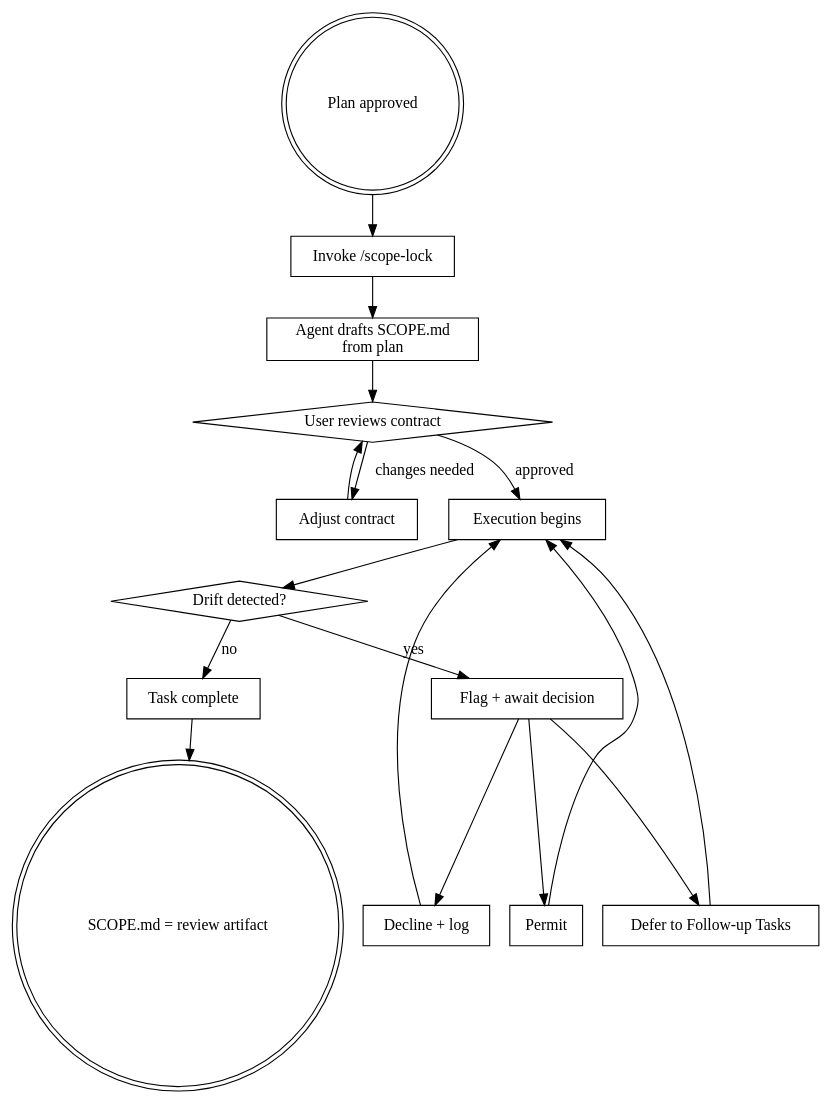
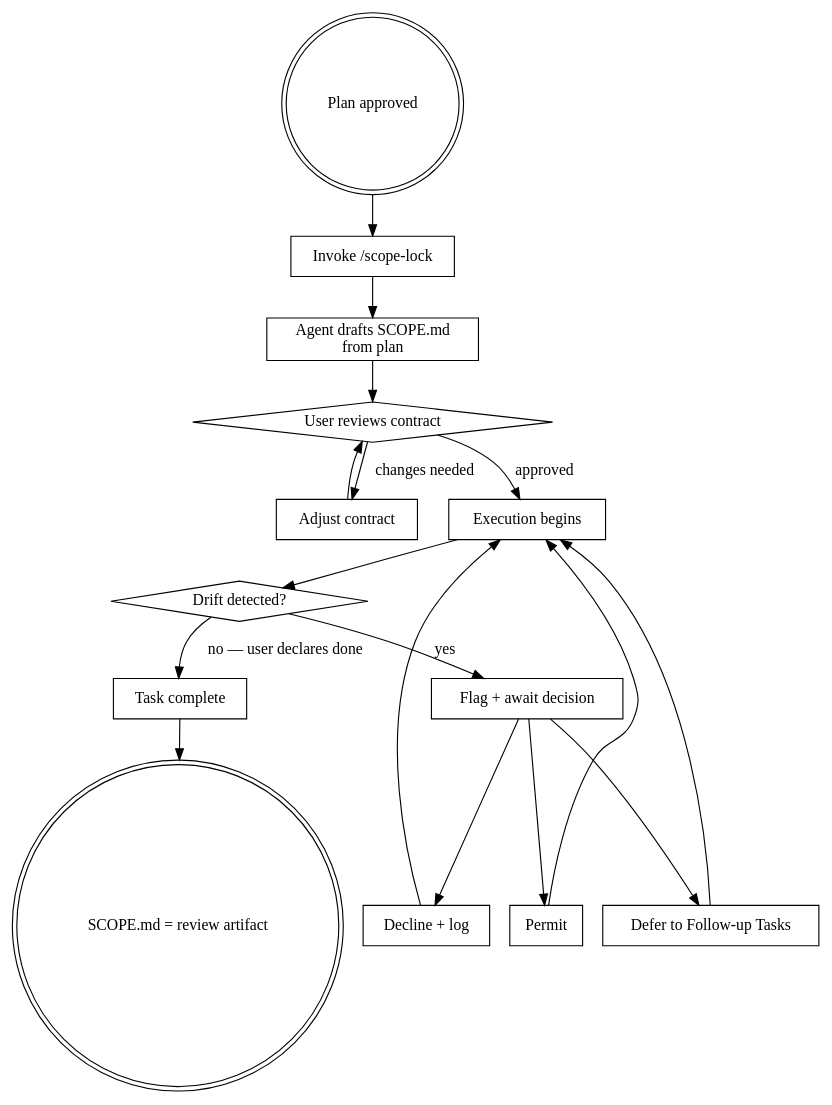
One commit to Ktulue/scope-lock changed the diagram in docs/superpowers/specs/2026-03-14-scope-lock-design.md. Above: the diagram before and after it, drawn with Graphviz. The commit also changed other lines of this file, not shown here.

````diff
--- a/docs/superpowers/specs/2026-03-14-scope-lock-design.md
+++ b/docs/superpowers/specs/2026-03-14-scope-lock-design.md
@@ -131,34 +139,34 @@
 ```dot
 digraph scope_lock {
     "Plan approved" [shape=doublecircle];
     "Invoke /scope-lock" [shape=box];
     "Agent drafts SCOPE.md\nfrom plan" [shape=box];
     "User reviews contract" [shape=diamond];
     "Adjust contract" [shape=box];
     "Execution begins" [shape=box];
     "Drift detected?" [shape=diamond];
     "Flag + await decision" [shape=box];
     "Permit" [shape=box];
     "Decline + log" [shape=box];
     "Defer to Follow-up Tasks" [shape=box];
     "Task complete" [shape=box];
     "SCOPE.md = review artifact" [shape=doublecircle];
 
     "Plan approved" -> "Invoke /scope-lock";
     "Invoke /scope-lock" -> "Agent drafts SCOPE.md\nfrom plan";
     "Agent drafts SCOPE.md\nfrom plan" -> "User reviews contract";
     "User reviews contract" -> "Adjust contract" [label="changes needed"];
     "User reviews contract" -> "Execution begins" [label="approved"];
     "Adjust contract" -> "User reviews contract";
     "Execution begins" -> "Drift detected?";
     "Drift detected?" -> "Flag + await decision" [label="yes"];
-    "Drift detected?" -> "Task complete" [label="no"];
+    "Drift detected?" -> "Task complete" [label="no — user declares done"];
     "Flag + await decision" -> "Permit";
     "Flag + await decision" -> "Decline + log";
     "Flag + await decision" -> "Defer to Follow-up Tasks";
     "Permit" -> "Execution begins";
     "Decline + log" -> "Execution begins";
     "Defer to Follow-up Tasks" -> "Execution begins";
     "Task complete" -> "SCOPE.md = review artifact";
 }
 ```
````
